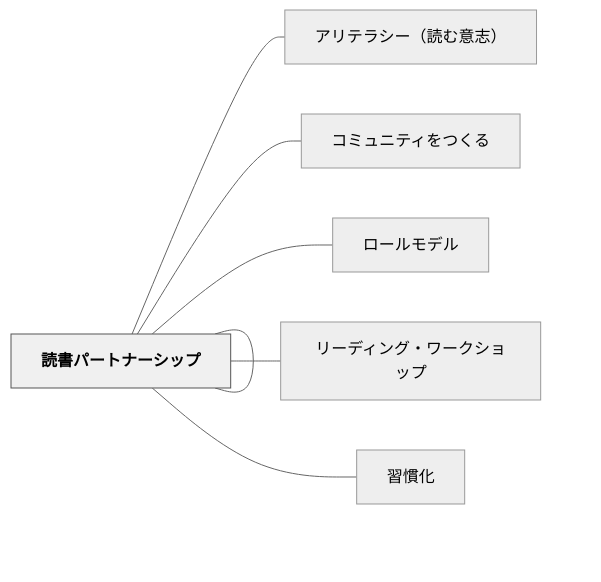
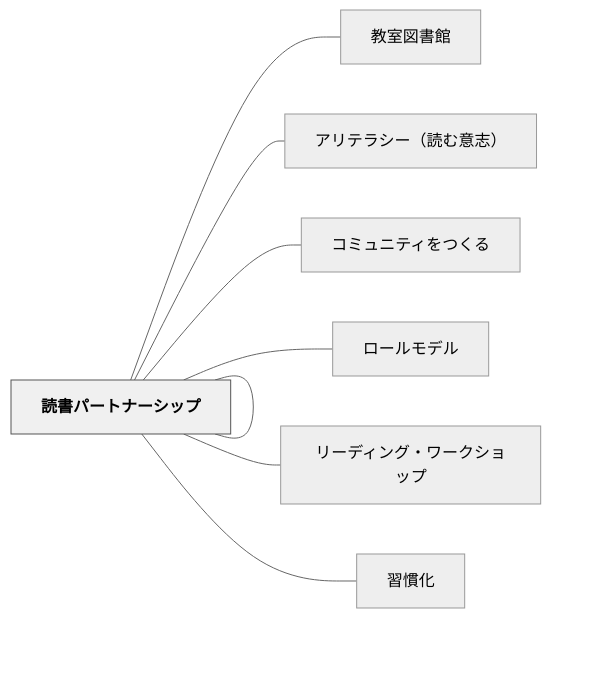
Before and after one commit to unknownthings-ed-patterns/unknownthings-ed-patterns: the diagram in content/パタン/読書の底線習慣.md, drawn with Mermaid (neutral theme). The commit also changed other lines of this file and 473 other files, not shown here.

````diff
--- a/content/パタン/読書の底線習慣.md
+++ b/content/パタン/読書の底線習慣.md
@@ -109,22 +110,24 @@
 ```mermaid
 flowchart LR
     ne8aaade69bb8["読書の底線習慣"]
+    ne69599e5aea4["教室図書館"]
     ne8aaade69bb8["読書アイデンティティ"]
     ne382a2e383aa["アリテラシー（読む意志）"]
     ne382b3e3839f["コミュニティをつくる"]
     ne383ade383bc["ロールモデル"]
     ne383aae383bc["リーディング・ワークショップ"]
     ne7bf92e685a3["習慣化"]
     ne8aaade69bb8["読書パートナーシップ"]
 
+    ne8aaade69bb8 --- ne69599e5aea4
     ne8aaade69bb8 --- ne8aaade69bb8
     ne8aaade69bb8 --- ne382a2e383aa
     ne8aaade69bb8 --- ne382b3e3839f
     ne8aaade69bb8 --- ne383ade383bc
     ne8aaade69bb8 --- ne383aae383bc
     ne8aaade69bb8 --- ne7bf92e685a3
     ne8aaade69bb8 --- ne8aaade69bb8
 
     classDef hub fill:#f0f0f0,stroke:#555,color:#000,font-weight:bold
     class ne8aaade69bb8 hub
 ```
````
